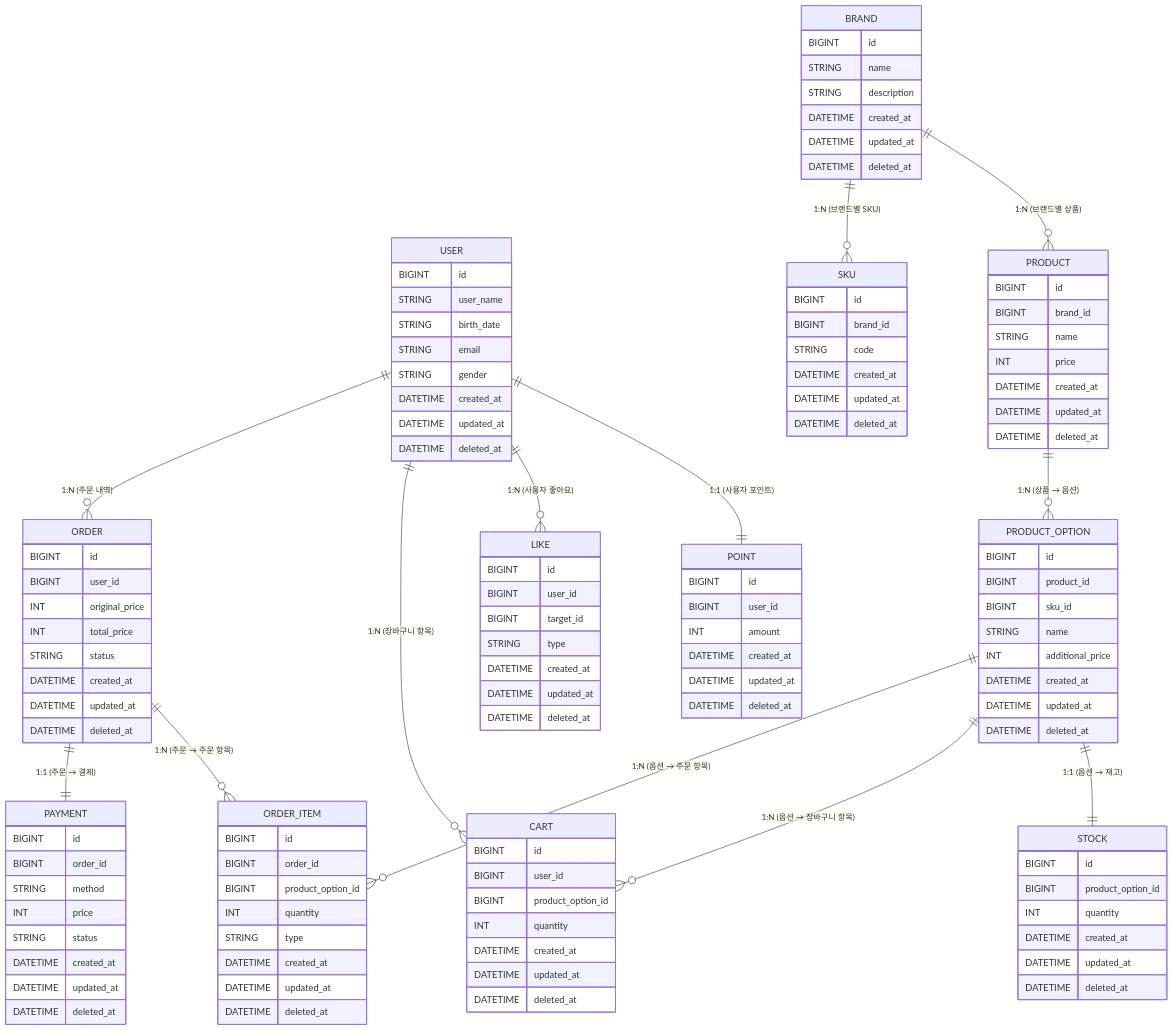
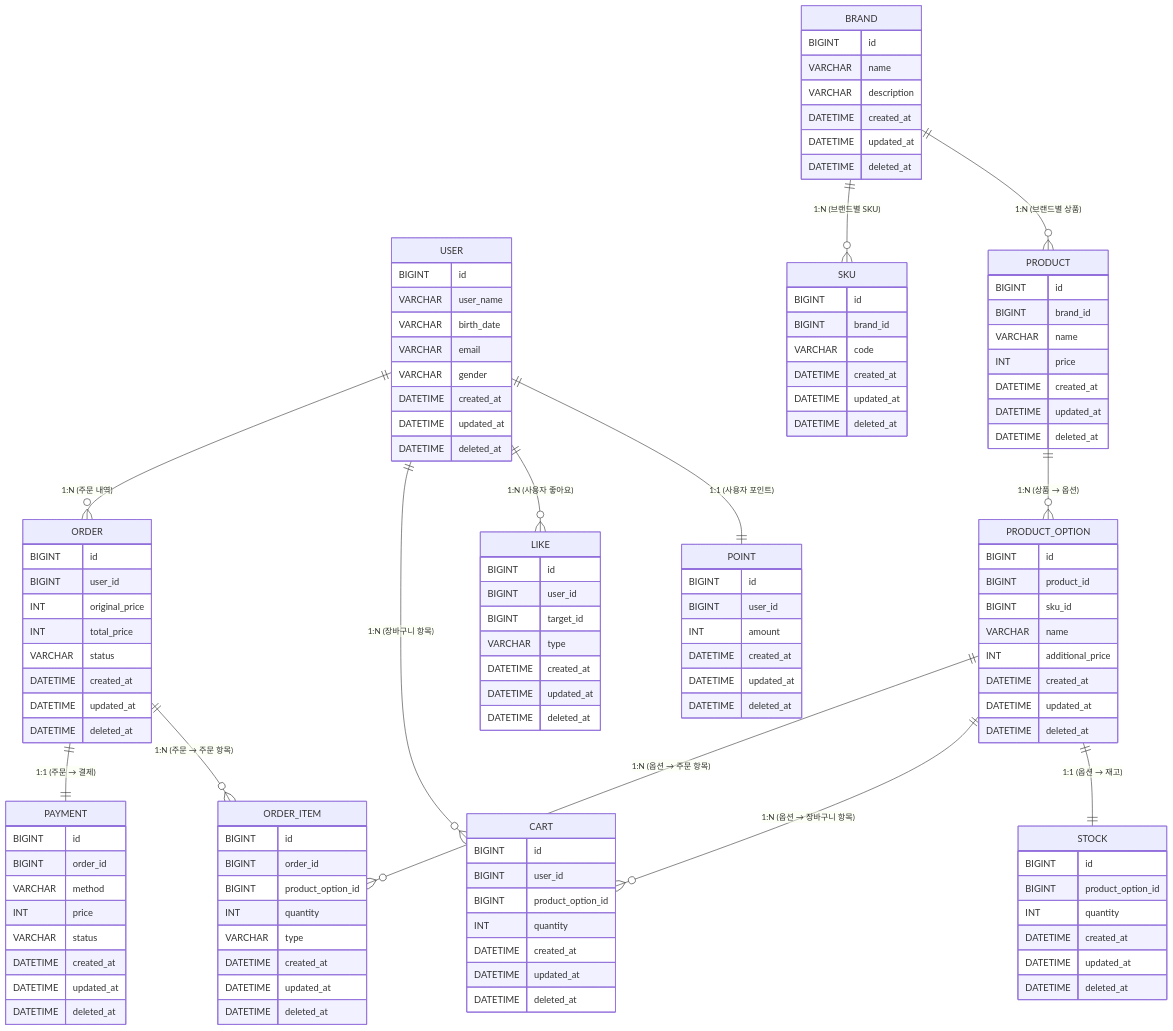
One commit to Loopers-dev-lab/loopers-spring-kotlin-template changed the diagram in docs/design/04-erd.md. Above: the diagram before and after it, drawn with Mermaid.

Commit message:
refactor: ERD String 타입 -> VARCHAR로 변경

```diff
--- a/docs/design/04-erd.md
+++ b/docs/design/04-erd.md
@@ -9,10 +9,10 @@
 
     USER {
         BIGINT id
-        STRING user_name
-        STRING birth_date
-        STRING email
-        STRING gender
+        VARCHAR user_name
+        VARCHAR birth_date
+        VARCHAR email
+        VARCHAR gender
         DATETIME created_at
         DATETIME updated_at
         DATETIME deleted_at
@@ -33,8 +33,8 @@
 
     BRAND {
         BIGINT id
-        STRING name
-        STRING description
+        VARCHAR name
+        VARCHAR description
         DATETIME created_at
         DATETIME updated_at
         DATETIME deleted_at
@@ -49,7 +49,7 @@
     PRODUCT {
         BIGINT id
         BIGINT brand_id
-        STRING name
+        VARCHAR name
         INT price
         DATETIME created_at
         DATETIME updated_at
@@ -60,7 +60,7 @@
         BIGINT id
         BIGINT product_id
         BIGINT sku_id
-        STRING name
+        VARCHAR name
         INT additional_price
         DATETIME created_at
         DATETIME updated_at
@@ -70,7 +70,7 @@
     SKU {
         BIGINT id
         BIGINT brand_id
-        STRING code
+        VARCHAR code
         DATETIME created_at
         DATETIME updated_at
         DATETIME deleted_at
@@ -90,7 +90,7 @@
         BIGINT id
         BIGINT user_id
         BIGINT target_id
-        STRING type
+        VARCHAR type
         DATETIME created_at
         DATETIME updated_at
         DATETIME deleted_at
@@ -116,7 +116,7 @@
         BIGINT user_id
         INT original_price
         INT total_price
-        STRING status
+        VARCHAR status
         DATETIME created_at
         DATETIME updated_at
         DATETIME deleted_at
@@ -127,7 +127,7 @@
         BIGINT order_id
         BIGINT product_option_id
         INT quantity
-        STRING type
+        VARCHAR type
         DATETIME created_at
         DATETIME updated_at
         DATETIME deleted_at
@@ -137,9 +137,9 @@
     PAYMENT {
         BIGINT id
         BIGINT order_id
-        STRING method
+        VARCHAR method
         INT price
-        STRING status
+        VARCHAR status
         DATETIME created_at
         DATETIME updated_at
         DATETIME deleted_at
```
